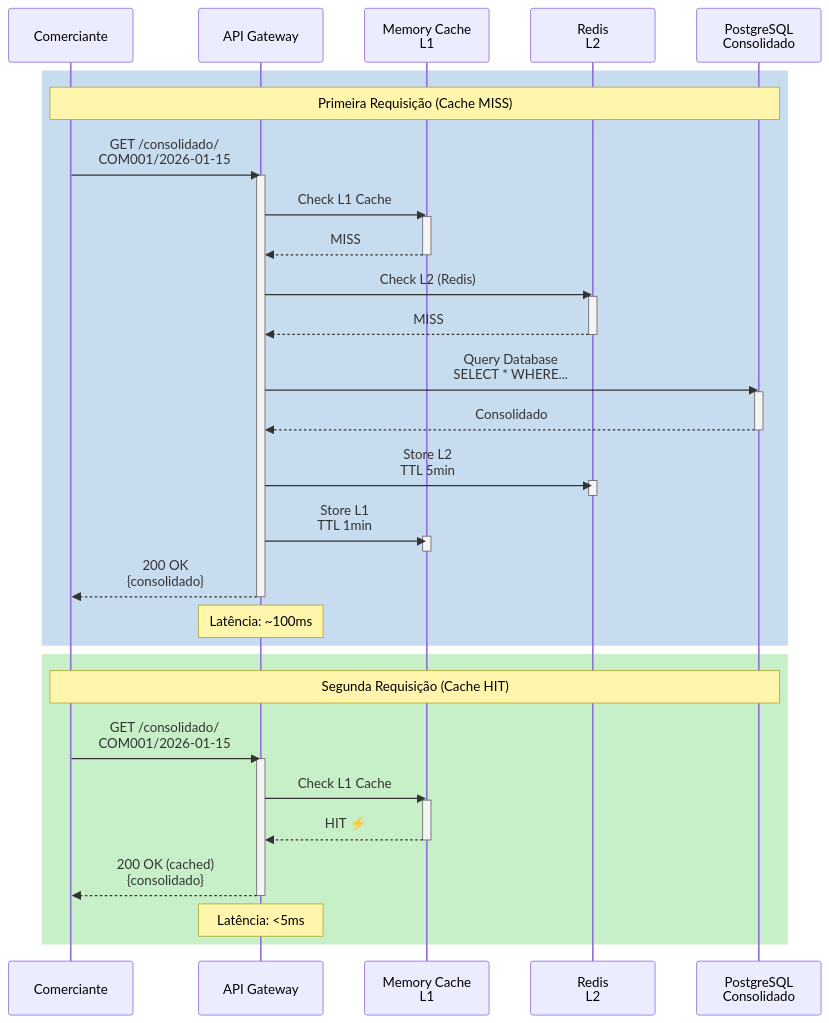
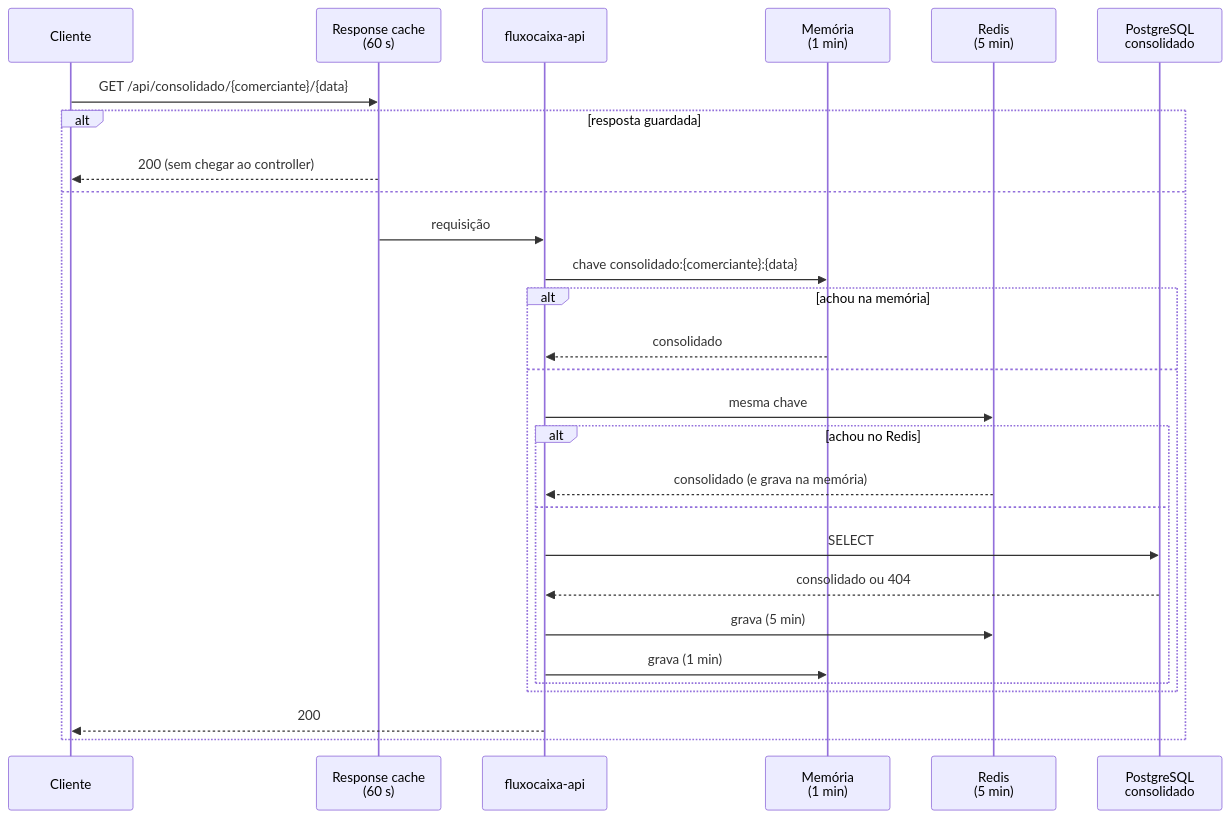
The third of 6 diagrams in docs/diagramas-fluxo-caixa.md (felipemarcianodev/saga-poc-dotnet), drawn with Mermaid before and after one commit. The commit also changed other lines of this file and 32 other files, not shown here.

````diff
--- a/docs/diagramas-fluxo-caixa.md
+++ b/docs/diagramas-fluxo-caixa.md
@@ -136,60 +94,31 @@
 ```mermaid
 sequenceDiagram
-    participant C as Comerciante
-    participant API as API Gateway
-    participant L1 as Memory Cache<br/>L1
-    participant L2 as Redis<br/>L2
-    participant DB as PostgreSQL<br/>Consolidado
+    participant C as Cliente
+    participant RC as Response cache<br/>(60 s)
+    participant API as fluxocaixa-api
+    participant M as Memória<br/>(1 min)
+    participant R as Redis<br/>(5 min)
+    participant DB as PostgreSQL<br/>consolidado
 
-    rect rgb(200, 220, 240)
-        Note over C,DB: Primeira Requisição (Cache MISS)
-
-        C->>API: GET /consolidado/<br/>COM001/2026-01-15
-        activate API
-
-        API->>L1: Check L1 Cache
-        activate L1
-        L1-->>API: MISS
-        deactivate L1
-
-        API->>L2: Check L2 (Redis)
-        activate L2
-        L2-->>API: MISS
-        deactivate L2
-
-        API->>DB: Query Database<br/>SELECT * WHERE...
-        activate DB
-        DB-->>API: Consolidado
-        deactivate DB
-
-        API->>L2: Store L2<br/>TTL 5min
-        activate L2
-        deactivate L2
-
-        API->>L1: Store L1<br/>TTL 1min
-        activate L1
-        deactivate L1
-
-        API-->>C: 200 OK<br/>{consolidado}
-        deactivate API
-
-        Note over API: Latência: ~100ms
-    end
-
-    rect rgb(200, 240, 200)
-        Note over C,DB: Segunda Requisição (Cache HIT)
-
-        C->>API: GET /consolidado/<br/>COM001/2026-01-15
-        activate API
-
-        API->>L1: Check L1 Cache
-        activate L1
-        L1-->>API: HIT ⚡
-        deactivate L1
-
-        API-->>C: 200 OK (cached)<br/>{consolidado}
-        deactivate API
-
-        Note over API: Latência: <5ms
+    C->>RC: GET /api/consolidado/{comerciante}/{data}
+    alt resposta guardada
+        RC-->>C: 200 (sem chegar ao controller)
+    else
+        RC->>API: requisição
+        API->>M: chave consolidado:{comerciante}:{data}
+        alt achou na memória
+            M-->>API: consolidado
+        else
+            API->>R: mesma chave
+            alt achou no Redis
+                R-->>API: consolidado (e grava na memória)
+            else
+                API->>DB: SELECT
+                DB-->>API: consolidado ou 404
+                API->>R: grava (5 min)
+                API->>M: grava (1 min)
+            end
+        end
+        API-->>C: 200
     end
 ```
````
